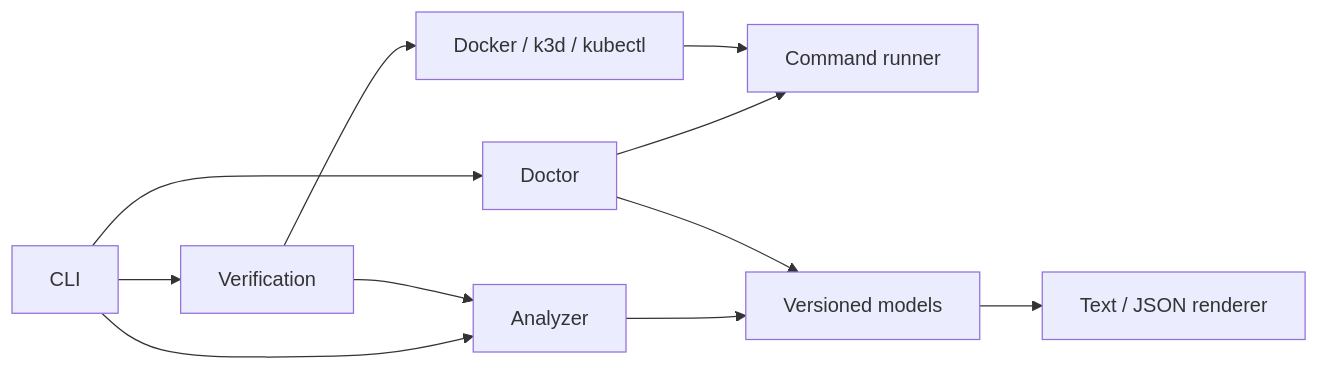
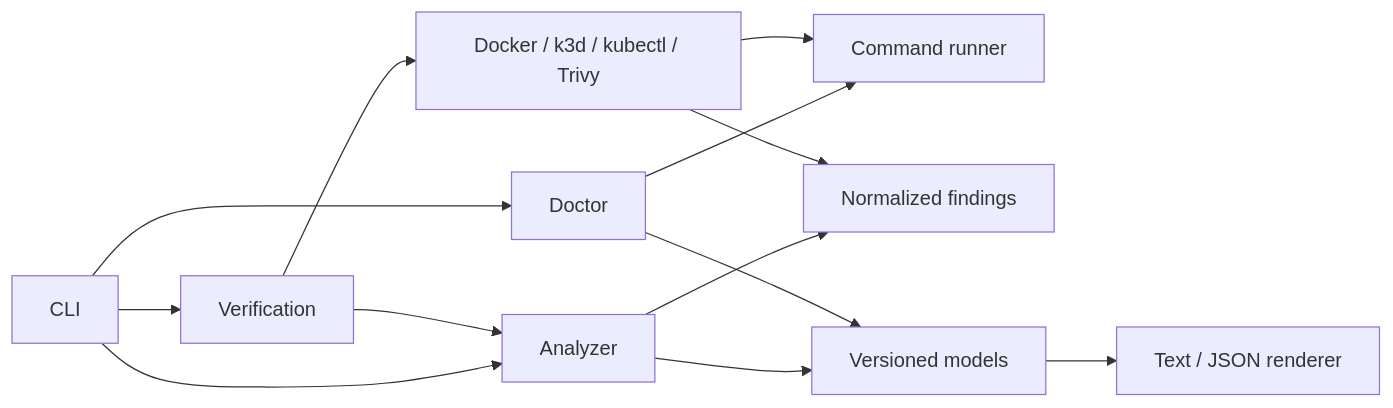
One commit to noor15102002/cloud-forge changed the diagram in docs/architecture.md. Above: the diagram before and after it, drawn with Mermaid. The commit also changed other lines of this file and 20 other files, not shown here.

Commit message:
Add static and Trivy findings (#21)

````diff
--- a/docs/architecture.md
+++ b/docs/architecture.md
@@ -23,13 +24,15 @@
 ```mermaid
 flowchart LR
     CLI --> Analyzer
     CLI --> Doctor
     CLI --> Verification
     Doctor --> Runner[Command runner]
     Verification --> Analyzer
-    Verification --> Executor[Docker / k3d / kubectl]
+    Verification --> Executor[Docker / k3d / kubectl / Trivy]
+    Analyzer --> Findings[Normalized findings]
+    Executor --> Findings
     Executor --> Runner
     Analyzer --> Model[Versioned models]
     Doctor --> Model
     Model --> Render[Text / JSON renderer]
 ```
````
